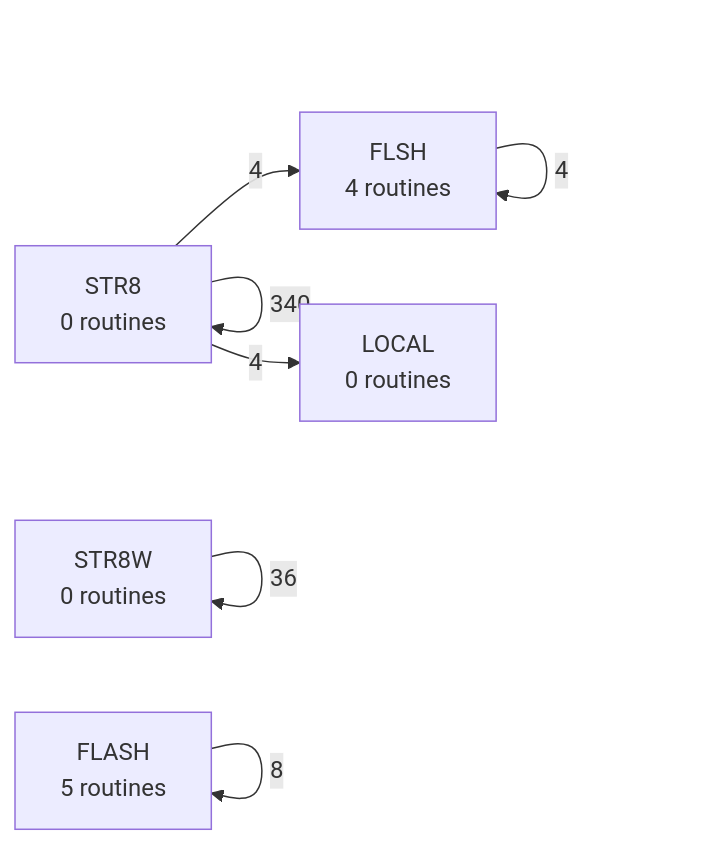
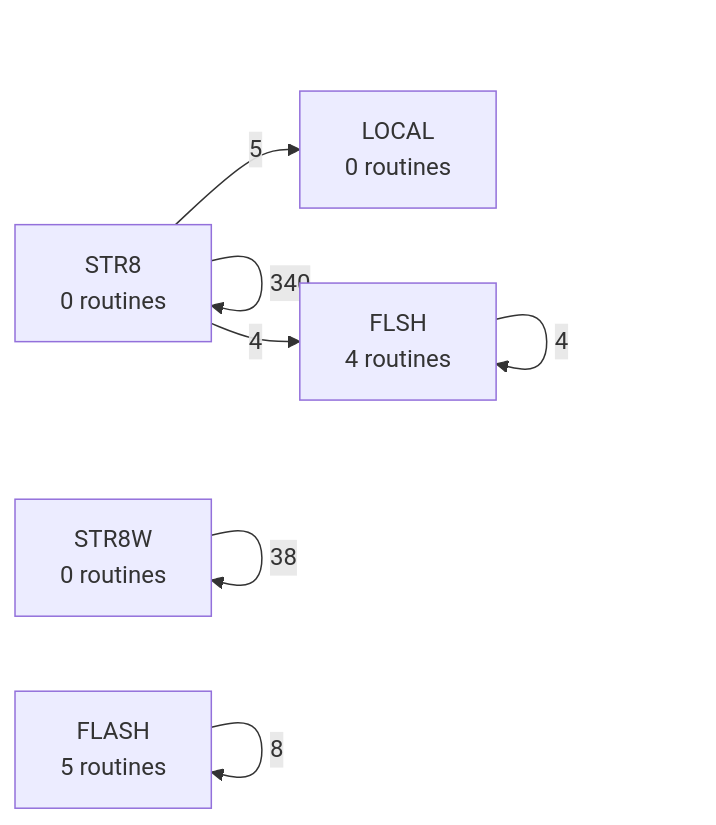
Before and after one commit to 95westus/R-YORS: the fifth of 6 diagrams in DOC/GENERATED/ROUTINE_PREFIX_MAP.md, drawn with Mermaid. The commit also changed other lines of this file and 33 other files, not shown here.

````diff
--- a/DOC/GENERATED/ROUTINE_PREFIX_MAP.md
+++ b/DOC/GENERATED/ROUTINE_PREFIX_MAP.md
@@ -79,9 +79,9 @@
 ```mermaid
 flowchart LR
     P_STR8["STR8<br/>0 routines"] -->|340| P_STR8["STR8<br/>0 routines"]
-    P_STR8W["STR8W<br/>0 routines"] -->|36| P_STR8W["STR8W<br/>0 routines"]
+    P_STR8W["STR8W<br/>0 routines"] -->|38| P_STR8W["STR8W<br/>0 routines"]
     P_FLASH["FLASH<br/>5 routines"] -->|8| P_FLASH["FLASH<br/>5 routines"]
+    P_STR8["STR8<br/>0 routines"] -->|5| P_LOCAL["LOCAL<br/>0 routines"]
     P_FLSH["FLSH<br/>4 routines"] -->|4| P_FLSH["FLSH<br/>4 routines"]
     P_STR8["STR8<br/>0 routines"] -->|4| P_FLSH["FLSH<br/>4 routines"]
-    P_STR8["STR8<br/>0 routines"] -->|4| P_LOCAL["LOCAL<br/>0 routines"]
 ```
````
